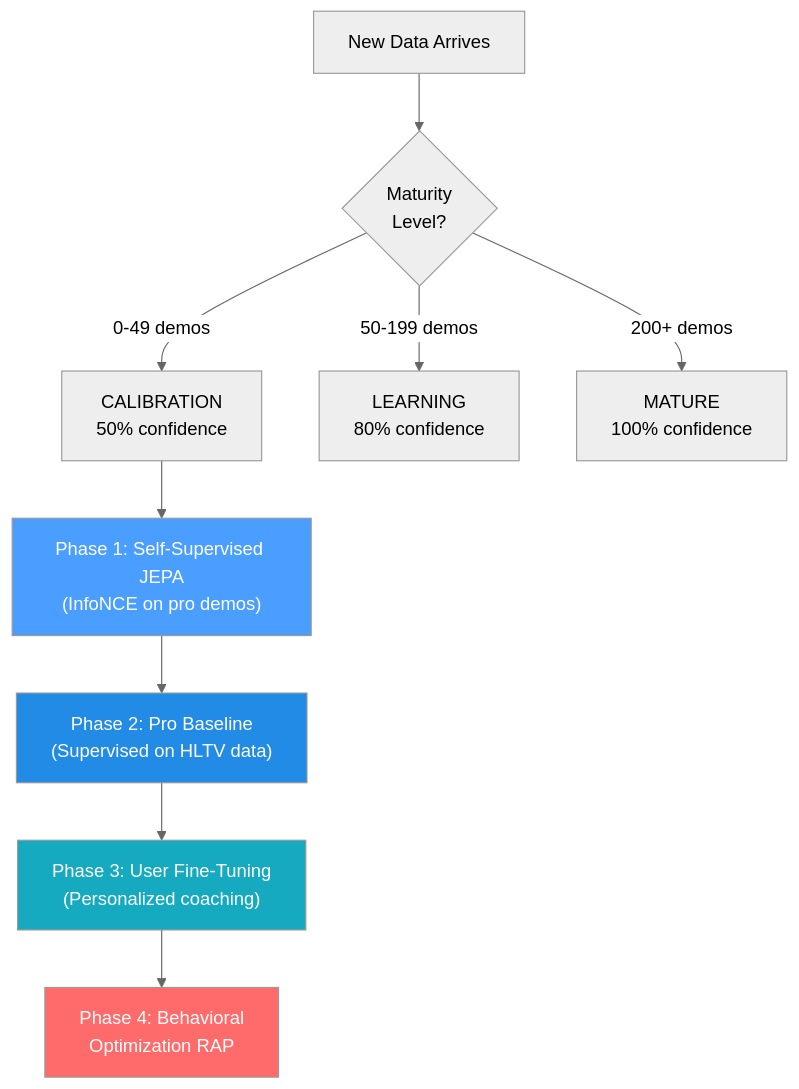
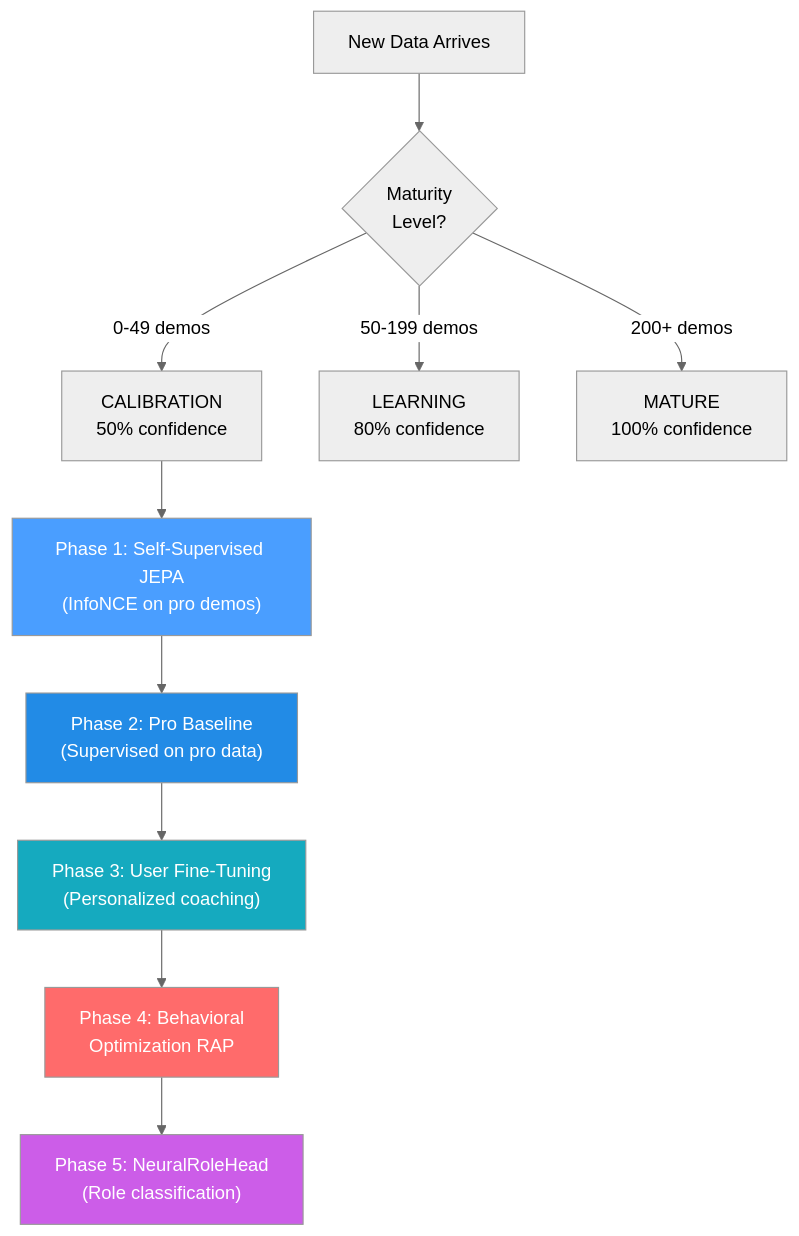
Diagram 14 of 22 in docs/books/Book-Coach-1A-en.md (renanaugustomacena-ux/Counter-Strike-coach-AI), drawn with Mermaid (neutral theme) before and after one commit. The commit also changed other lines of this file and 36 other files, not shown here.

````diff
--- a/docs/books/Book-Coach-1A-en.md
+++ b/docs/books/Book-Coach-1A-en.md
@@ -834,15 +838,17 @@
 ```mermaid
 graph TD
     START["New Data Arrives"] --> CHECK{"Maturity<br/>Level?"}
     CHECK -->|"0-49 demos"| CAL["CALIBRATION<br/>50% confidence"]
     CHECK -->|"50-199 demos"| LEARN["LEARNING<br/>80% confidence"]
     CHECK -->|"200+ demos"| MAT["MATURE<br/>100% confidence"]
     CAL --> P1["Phase 1: Self-Supervised JEPA<br/>(InfoNCE on pro demos)"]
-    P1 --> P2["Phase 2: Pro Baseline<br/>(Supervised on HLTV data)"]
+    P1 --> P2["Phase 2: Pro Baseline<br/>(Supervised on pro data)"]
     P2 --> P3["Phase 3: User Fine-Tuning<br/>(Personalized coaching)"]
     P3 --> P4["Phase 4: Behavioral<br/>Optimization RAP"]
+    P4 --> P5["Phase 5: NeuralRoleHead<br/>(Role classification)"]
     style P1 fill:#4a9eff,color:#fff
     style P2 fill:#228be6,color:#fff
     style P3 fill:#15aabf,color:#fff
     style P4 fill:#ff6b6b,color:#fff
+    style P5 fill:#cc5de8,color:#fff
 ```
````
